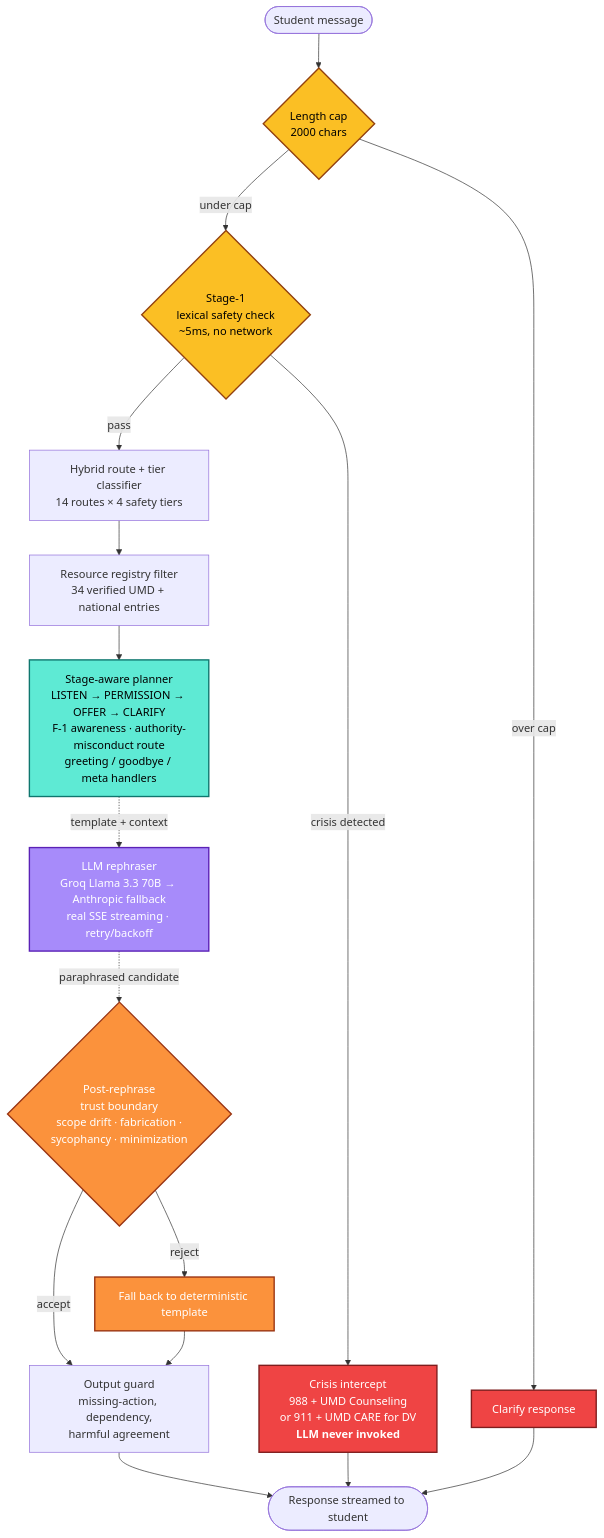
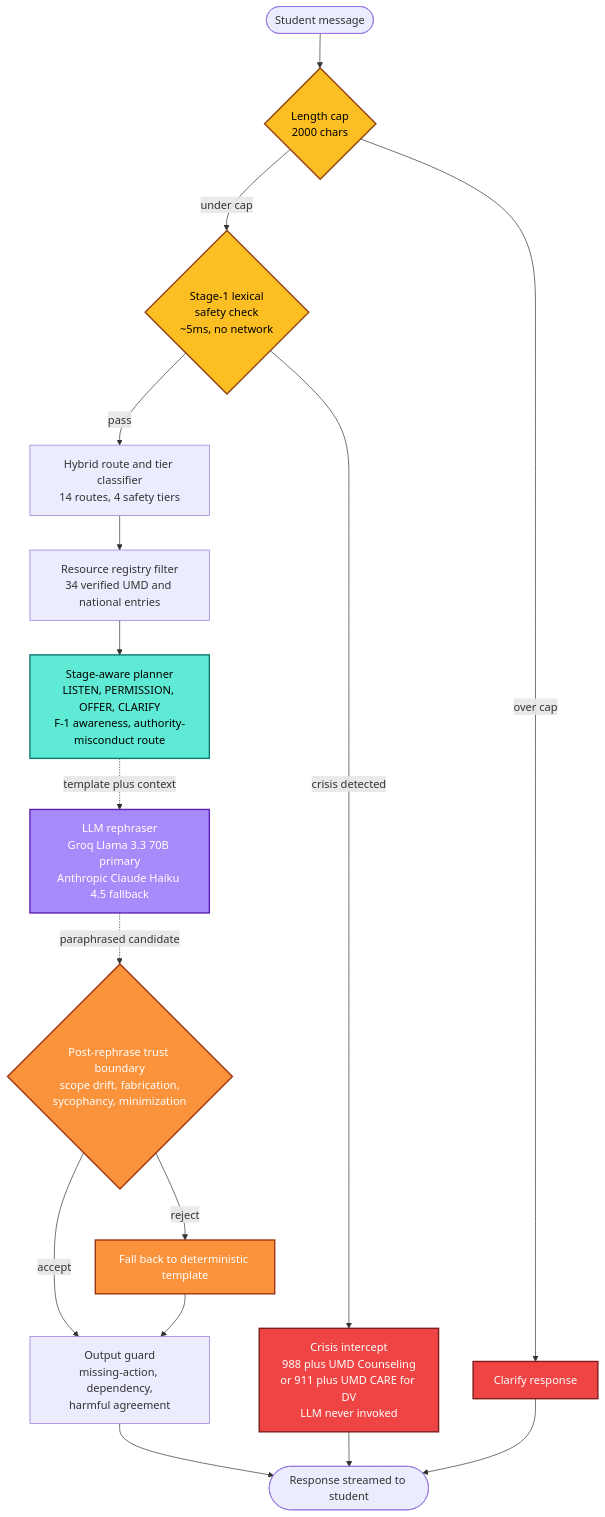
One commit to MukulRay1603/Empath-RAG changed the diagram in README.md. Above: the diagram before and after it, drawn with Mermaid. The commit also changed other lines of this file, not shown here.

````diff
--- a/README.md
+++ b/README.md
@@ -56,35 +81,35 @@
 ```mermaid
 flowchart TB
     U([Student message]) --> CAP{Length cap<br/>2000 chars}
     CAP -->|over cap| CL[Clarify response]
-    CAP -->|under cap| S1{Stage-1<br/>lexical safety check<br/>~5ms, no network}
+    CAP -->|under cap| S1{Stage-1 lexical<br/>safety check<br/>~5ms, no network}
 
-    S1 -->|crisis detected| CR["Crisis intercept<br/>988 + UMD Counseling<br/>or 911 + UMD CARE for DV<br/><b>LLM never invoked</b>"]
-    S1 -->|pass| ROUTE[Hybrid route + tier classifier<br/>14 routes × 4 safety tiers]
+    S1 -->|crisis detected| CR[Crisis intercept<br/>988 plus UMD Counseling<br/>or 911 plus UMD CARE for DV<br/>LLM never invoked]
+    S1 -->|pass| ROUTE[Hybrid route and tier classifier<br/>14 routes, 4 safety tiers]
 
-    ROUTE --> REG[Resource registry filter<br/>34 verified UMD + national entries]
-    REG --> PLAN[Stage-aware planner<br/>LISTEN → PERMISSION → OFFER → CLARIFY<br/>F-1 awareness · authority-misconduct route<br/>greeting / goodbye / meta handlers]
+    ROUTE --> REG[Resource registry filter<br/>34 verified UMD and national entries]
+    REG --> PLAN[Stage-aware planner<br/>LISTEN, PERMISSION, OFFER, CLARIFY<br/>F-1 awareness, authority-misconduct route]
 
-    PLAN -.->|template + context| LLM[LLM rephraser<br/>Groq Llama 3.3 70B → Anthropic fallback<br/>real SSE streaming · retry/backoff]
-    LLM -.->|paraphrased candidate| VFY{Post-rephrase<br/>trust boundary<br/>scope drift · fabrication ·<br/>sycophancy · minimization}
+    PLAN -.->|template plus context| LLM[LLM rephraser<br/>Groq Llama 3.3 70B primary<br/>Anthropic Claude Haiku 4.5 fallback]
+    LLM -.->|paraphrased candidate| VFY{Post-rephrase trust boundary<br/>scope drift, fabrication,<br/>sycophancy, minimization}
 
     VFY -->|reject| FB[Fall back to deterministic template]
     VFY -->|accept| GRD[Output guard<br/>missing-action, dependency,<br/>harmful agreement]
     FB --> GRD
 
     GRD --> RESP([Response streamed to student])
     CR --> RESP
     CL --> RESP
 
     classDef intercept fill:#fbbf24,stroke:#92400e,stroke-width:2px,color:#000
     classDef crisis fill:#ef4444,stroke:#7f1d1d,stroke-width:2px,color:#fff
     classDef planner fill:#5eead4,stroke:#0f766e,stroke-width:2px,color:#000
     classDef llm fill:#a78bfa,stroke:#5b21b6,stroke-width:2px,color:#fff
     classDef trust fill:#fb923c,stroke:#9a3412,stroke-width:2px,color:#fff
 
-    class S1,CAP intercept
+    class CAP,S1 intercept
     class CR,CL crisis
     class PLAN planner
     class LLM llm
     class VFY,FB trust
 ```
````
